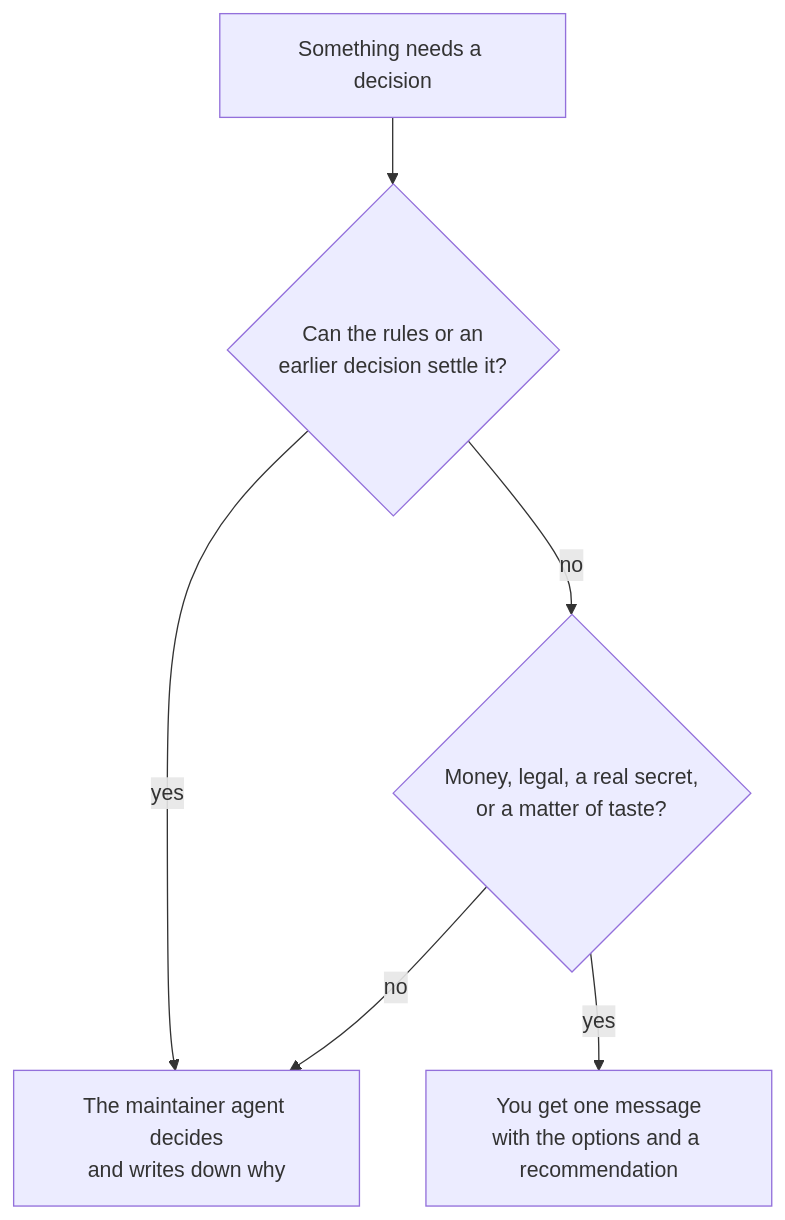
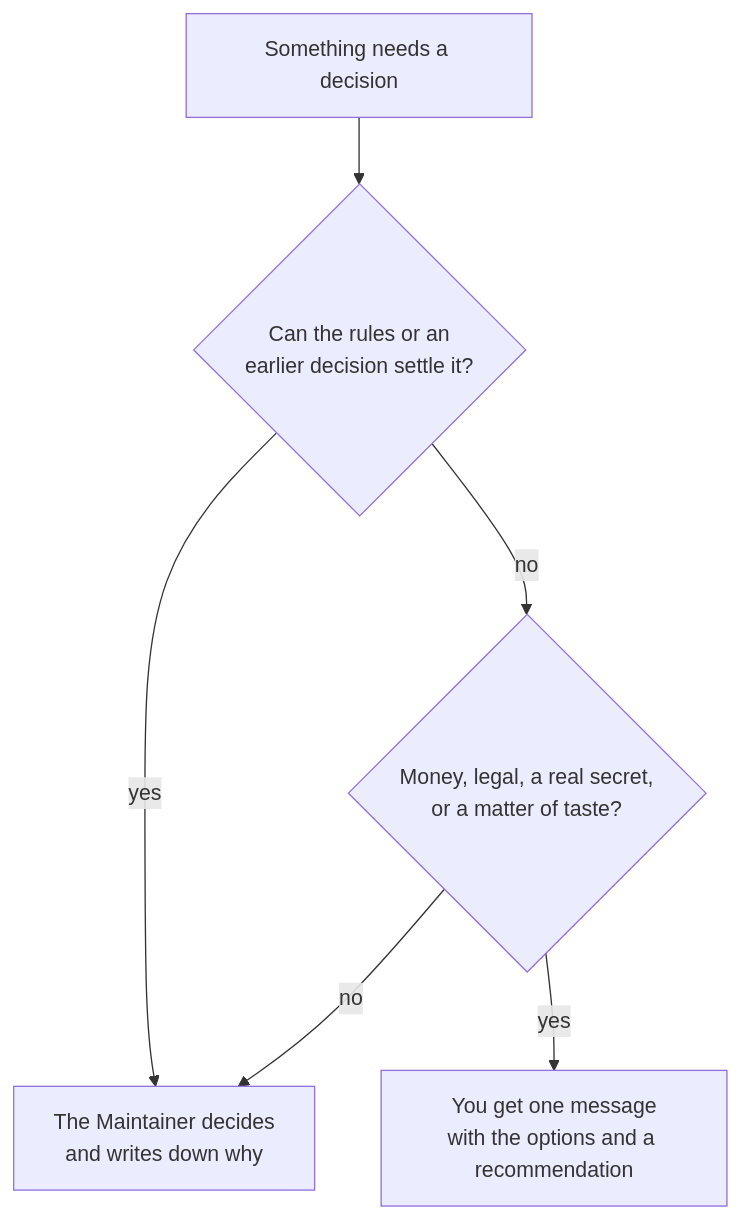
One commit to shinyredapples/intakt changed the fourth of 6 diagrams in docs/guide/how-intakt-works.md. Above: the diagram before and after it, drawn with Mermaid. The commit also changed other lines of this file and 22 other files, not shown here.

````diff
--- a/docs/guide/how-intakt-works.md
+++ b/docs/guide/how-intakt-works.md
@@ -90,8 +103,8 @@
 ```mermaid
 flowchart TD
   start[Something needs a decision] --> q1{Can the rules or an<br/>earlier decision settle it?}
-  q1 -- yes --> auto[The maintainer agent decides<br/>and writes down why]
+  q1 -- yes --> auto[The Maintainer decides<br/>and writes down why]
   q1 -- no --> q2{Money, legal, a real secret,<br/>or a matter of taste?}
   q2 -- no --> auto
   q2 -- yes --> you[You get one message<br/>with the options and a recommendation]
 ```
````
